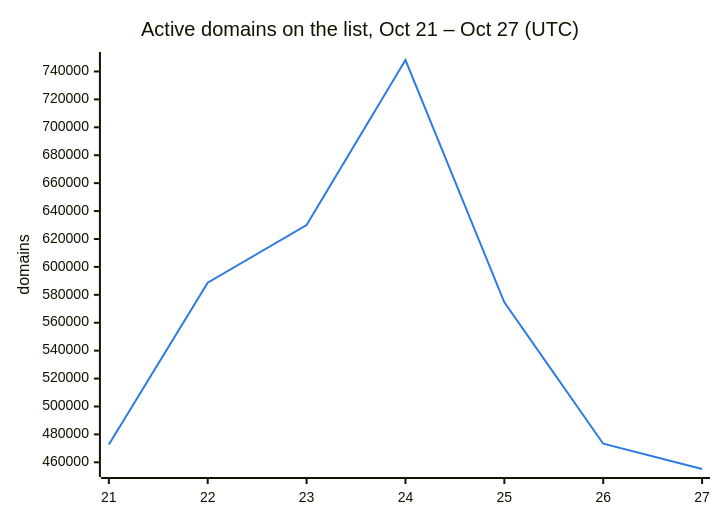
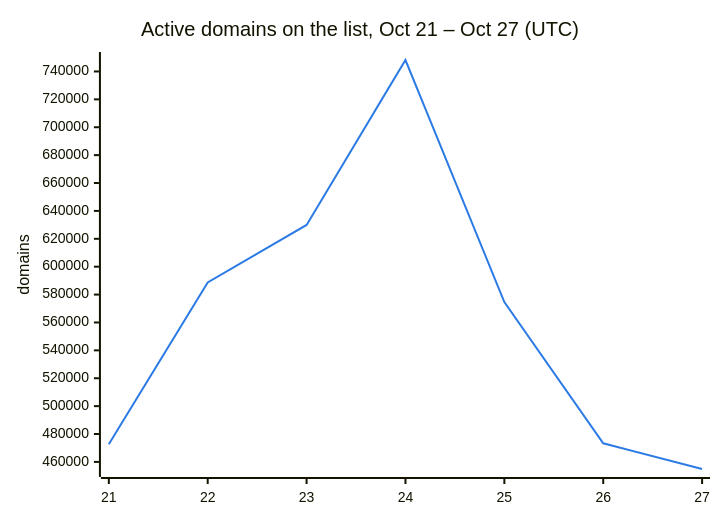
One commit to DNSBunker/CTI changed the second of 3 diagrams in README.md. Above: the diagram before and after it, drawn with Mermaid. The commit also changed other lines of this file and 3 other files, not shown here.

````diff
--- a/README.md
+++ b/README.md
@@ -38,8 +38,8 @@
 ```mermaid
 %%{init: {"themeVariables": {"xyChart": {"plotColorPalette": "#2c7be5"}}}}%%
 xychart-beta
     title "Active domains on the list, Oct 21 – Oct 27 (UTC)"
     x-axis ["21", "22", "23", "24", "25", "26", "27"]
     y-axis "domains"
-    line [472713, 588659, 629951, 748222, 574614, 473331, 455206]
+    line [472713, 588659, 629951, 748222, 574614, 473331, 454918]
 ```
````
